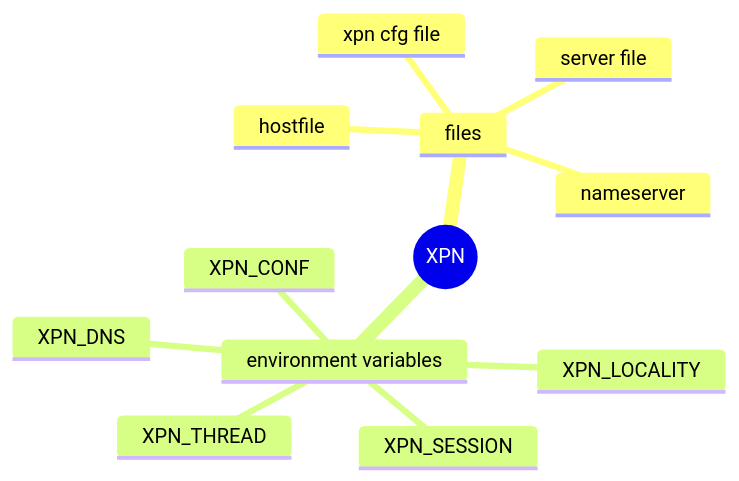
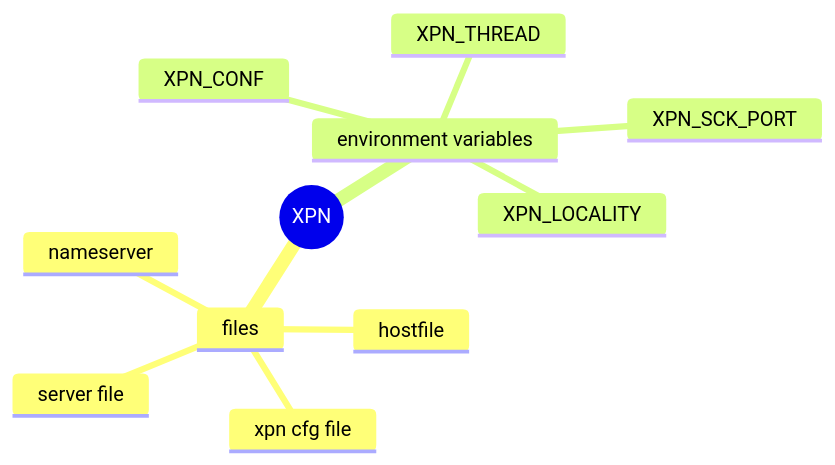
One commit to xpn-arcos/xpn changed the third of 4 diagrams in README.md. Above: the diagram before and after it, drawn with Mermaid. The commit also changed other lines of this file, not shown here.

````diff
--- a/README.md
+++ b/README.md
@@ -129,15 +128,14 @@
   ```mermaid
   mindmap
   root((XPN))
     files
         hostfile
         xpn cfg file
         nameserver
         server file
     environment variables
-        XPN_DNS
         XPN_CONF
         XPN_THREAD
-        XPN_SESSION
         XPN_LOCALITY
+        XPN_SCK_PORT
 ```
````
